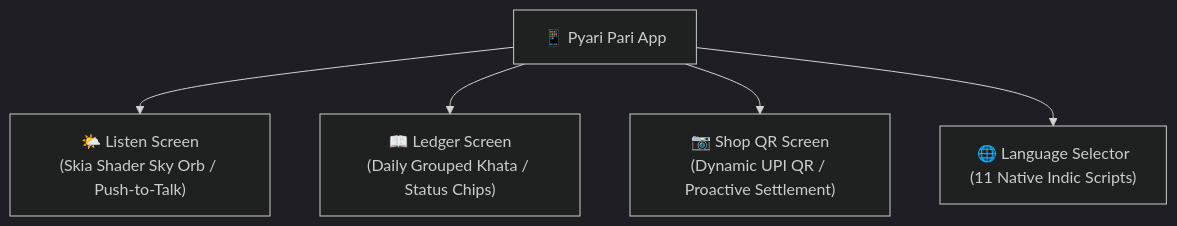
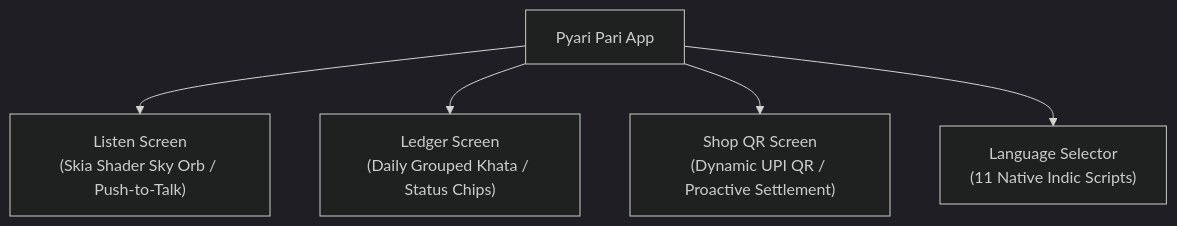
The diagram in frontend/README.md (mahreenaisha/pari), drawn with Mermaid (dark theme) before and after one commit. The commit also changed other lines of this file and 5 other files, not shown here.

````diff
--- a/frontend/README.md
+++ b/frontend/README.md
@@ -32,7 +32,7 @@
 ```mermaid
 graph TD
-    A["📱 Pyari Pari App"] --> B["🌤️ Listen Screen<br/>(Skia Shader Sky Orb / Push-to-Talk)"]
-    A --> C["📖 Ledger Screen<br/>(Daily Grouped Khata / Status Chips)"]
-    A --> D["📷 Shop QR Screen<br/>(Dynamic UPI QR / Proactive Settlement)"]
-    A --> E["🌐 Language Selector<br/>(11 Native Indic Scripts)"]
+    A["Pyari Pari App"] --> B["Listen Screen<br/>(Skia Shader Sky Orb / Push-to-Talk)"]
+    A --> C["Ledger Screen<br/>(Daily Grouped Khata / Status Chips)"]
+    A --> D["Shop QR Screen<br/>(Dynamic UPI QR / Proactive Settlement)"]
+    A --> E["Language Selector<br/>(11 Native Indic Scripts)"]
 ```
````
